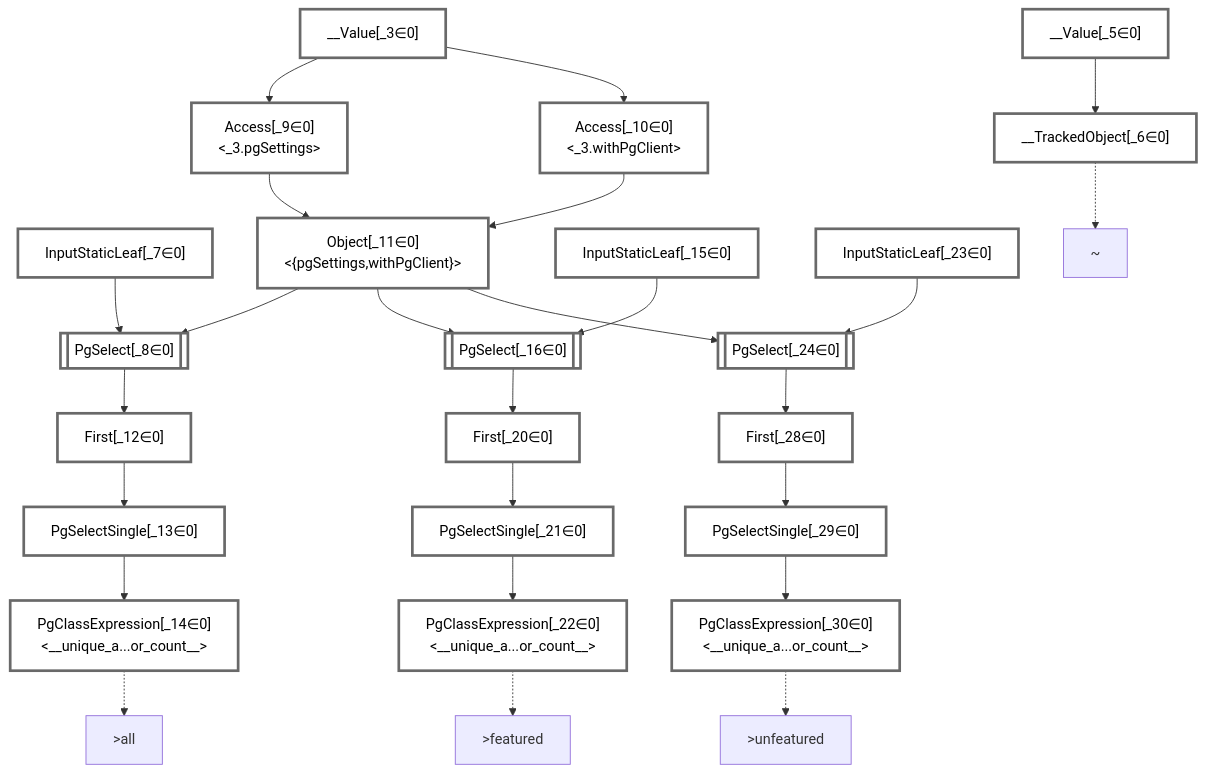
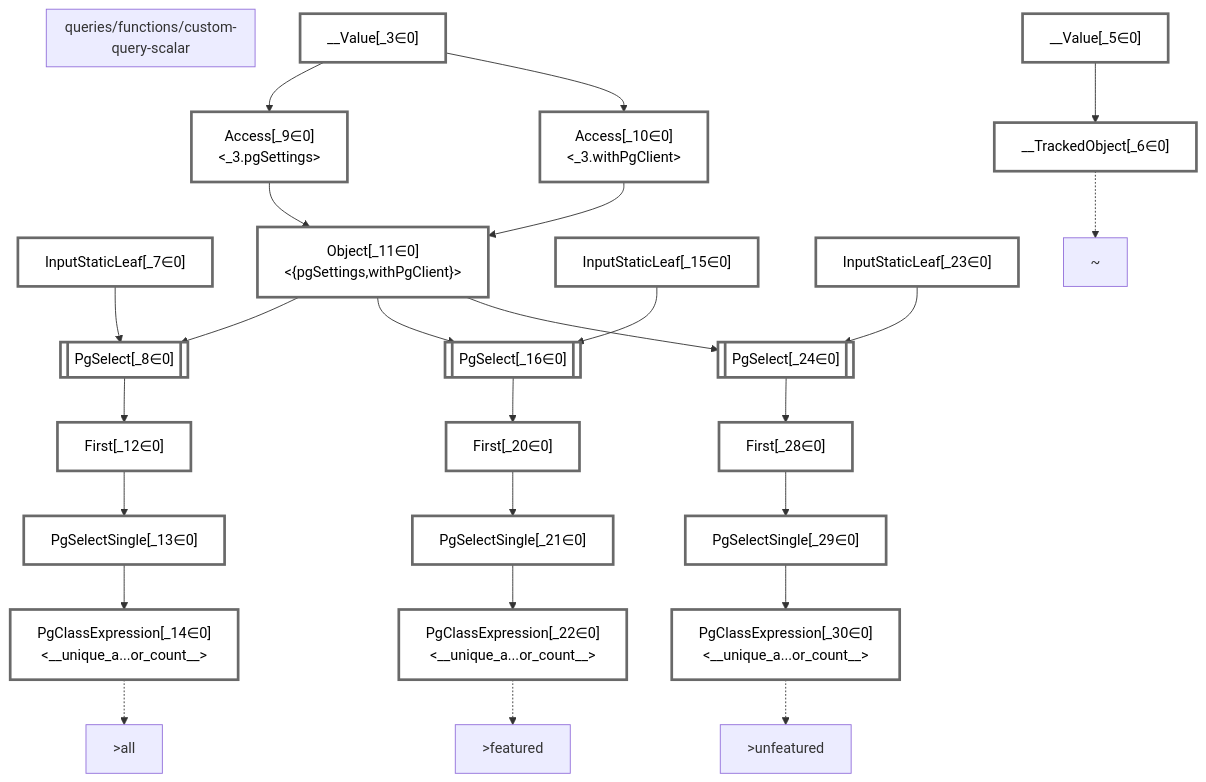
Before and after one commit to graphile/crystal: the diagram in packages/dataplan-pg/__tests__/queries/functions/custom-query-scalar.deopt.mermaid.md, drawn with Mermaid. The commit also changed 195 other files, not shown here.

````diff
--- a/packages/dataplan-pg/__tests__/queries/functions/custom-query-scalar.deopt.mermaid.md
+++ b/packages/dataplan-pg/__tests__/queries/functions/custom-query-scalar.deopt.mermaid.md
@@ -1,68 +1,70 @@
 ```mermaid
 graph TD
+    subgraph "queries/functions/custom-query-scalar"
+    end
     classDef path fill:#eee,stroke:#000,color:#000
     classDef plan fill:#fff,stroke-width:3px,color:#000
     classDef itemplan fill:#fff,stroke-width:6px,color:#000
     classDef sideeffectplan fill:#f00,stroke-width:6px,color:#000
     classDef bucket fill:#f6f6f6,color:#000,stroke-width:6px,text-align:left
 
 
     %% define plans
     __Value_3["__Value[_3∈0]<br /><context>"]:::plan
     __Value_5["__Value[_5∈0]<br /><rootValue>"]:::plan
     __TrackedObject_6["__TrackedObject[_6∈0]"]:::plan
     InputStaticLeaf_7["InputStaticLeaf[_7∈0]"]:::plan
     PgSelect_8[["PgSelect[_8∈0]<br /><unique_author_count>"]]:::plan
     Access_9["Access[_9∈0]<br /><_3.pgSettings>"]:::plan
     Access_10["Access[_10∈0]<br /><_3.withPgClient>"]:::plan
     Object_11["Object[_11∈0]<br /><{pgSettings,withPgClient}>"]:::plan
     First_12["First[_12∈0]"]:::plan
     PgSelectSingle_13["PgSelectSingle[_13∈0]<br /><unique_author_count>"]:::plan
     PgClassExpression_14["PgClassExpression[_14∈0]<br /><__unique_a...or_count__>"]:::plan
     InputStaticLeaf_15["InputStaticLeaf[_15∈0]"]:::plan
     PgSelect_16[["PgSelect[_16∈0]<br /><unique_author_count>"]]:::plan
     First_20["First[_20∈0]"]:::plan
     PgSelectSingle_21["PgSelectSingle[_21∈0]<br /><unique_author_count>"]:::plan
     PgClassExpression_22["PgClassExpression[_22∈0]<br /><__unique_a...or_count__>"]:::plan
     InputStaticLeaf_23["InputStaticLeaf[_23∈0]"]:::plan
     PgSelect_24[["PgSelect[_24∈0]<br /><unique_author_count>"]]:::plan
     First_28["First[_28∈0]"]:::plan
     PgSelectSingle_29["PgSelectSingle[_29∈0]<br /><unique_author_count>"]:::plan
     PgClassExpression_30["PgClassExpression[_30∈0]<br /><__unique_a...or_count__>"]:::plan
 
     %% plan dependencies
     __Value_5 --> __TrackedObject_6
     Object_11 --> PgSelect_8
     InputStaticLeaf_7 --> PgSelect_8
     __Value_3 --> Access_9
     __Value_3 --> Access_10
     Access_9 --> Object_11
     Access_10 --> Object_11
     PgSelect_8 --> First_12
     First_12 --> PgSelectSingle_13
     PgSelectSingle_13 --> PgClassExpression_14
     Object_11 --> PgSelect_16
     InputStaticLeaf_15 --> PgSelect_16
     PgSelect_16 --> First_20
     First_20 --> PgSelectSingle_21
     PgSelectSingle_21 --> PgClassExpression_22
     Object_11 --> PgSelect_24
     InputStaticLeaf_23 --> PgSelect_24
     PgSelect_24 --> First_28
     First_28 --> PgSelectSingle_29
     PgSelectSingle_29 --> PgClassExpression_30
 
     %% plan-to-path relationships
     P_6["~"]
     __TrackedObject_6 -.-> P_6
     P_14[">all"]
     PgClassExpression_14 -.-> P_14
     P_22[">featured"]
     PgClassExpression_22 -.-> P_22
     P_30[">unfeatured"]
     PgClassExpression_30 -.-> P_30
 
     %% allocate buckets
     classDef bucket0 stroke:#696969
     class __Value_3,__Value_5,__TrackedObject_6,InputStaticLeaf_7,PgSelect_8,Access_9,Access_10,Object_11,First_12,PgSelectSingle_13,PgClassExpression_14,InputStaticLeaf_15,PgSelect_16,First_20,PgSelectSingle_21,PgClassExpression_22,InputStaticLeaf_23,PgSelect_24,First_28,PgSelectSingle_29,PgClassExpression_30 bucket0
 ```
````
